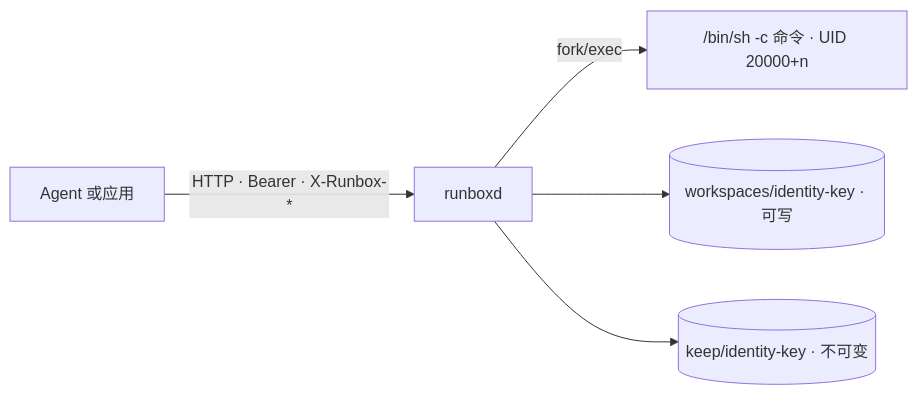
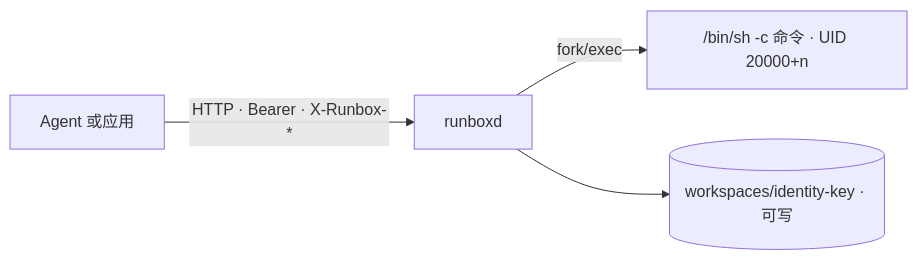
The diagram in README.zh-CN.md (xy200303/runbox), drawn with Mermaid before and after one commit. The commit also changed other lines of this file and 34 other files, not shown here.

````diff
--- a/README.zh-CN.md
+++ b/README.zh-CN.md
@@ -293,7 +292,6 @@
 ```mermaid
 flowchart LR
     A["Agent 或应用"] -->|"HTTP · Bearer · X-Runbox-*"| B["runboxd"]
     B -->|"fork/exec"| C["/bin/sh -c 命令 · UID 20000+n"]
     B --> D[("workspaces/identity-key · 可写")]
-    B --> E[("keep/identity-key · 不可变")]
 ```
````
